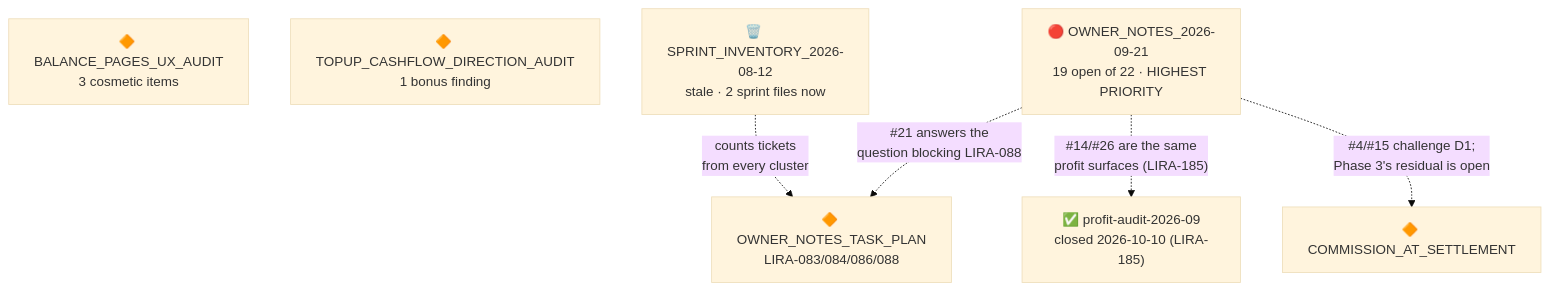
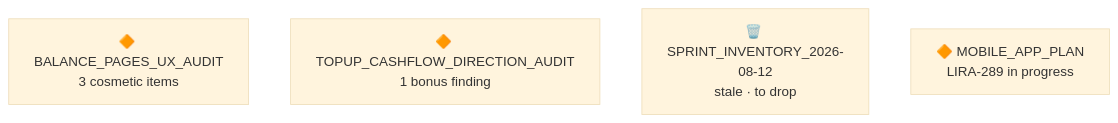
One commit to amirelhalabi/Liratek changed the fourth of 4 diagrams in docs/plans/ongoing_plans/PLAN_OVERVIEW.md. Above: the diagram before and after it, drawn with Mermaid (base theme). The commit also changed other lines of this file and 11 other files, not shown here.

First line of the commit message:
docs: refresh the plan board — shipped tickets marked DONE, six finished plans archived

````diff
--- a/docs/plans/ongoing_plans/PLAN_OVERVIEW.md
+++ b/docs/plans/ongoing_plans/PLAN_OVERVIEW.md
@@ -300,14 +292,7 @@
 ```mermaid
 graph TD
-  PA["✅ profit-audit-2026-09<br/>closed 2026-10-10 (LIRA-185)"]
   BAL["🔶 BALANCE_PAGES_UX_AUDIT<br/>3 cosmetic items"]
   TOP["🔶 TOPUP_CASHFLOW_DIRECTION_AUDIT<br/>1 bonus finding"]
-  OWN["🔶 OWNER_NOTES_TASK_PLAN<br/>LIRA-083/084/086/088"]
-  SPR["🗑️ SPRINT_INVENTORY_2026-08-12<br/>stale · 2 sprint files now"]
-  ON21["🔴 OWNER_NOTES_2026-09-21<br/>19 open of 22 · HIGHEST PRIORITY"]
-
-  SPR -.->|"counts tickets<br/>from every cluster"| OWN
-  ON21 -.->|"#21 answers the<br/>question blocking LIRA-088"| OWN
-  ON21 -.->|"#14/#26 are the same<br/>profit surfaces (LIRA-185)"| PA
-  ON21 -.->|"#4/#15 challenge D1;<br/>Phase 3's residual is open"| CAS2["🔶 COMMISSION_AT_SETTLEMENT"]
+  SPR["🗑️ SPRINT_INVENTORY_2026-08-12<br/>stale · to drop"]
+  MOB["🔶 MOBILE_APP_PLAN<br/>LIRA-289 in progress"]
 ```
````
